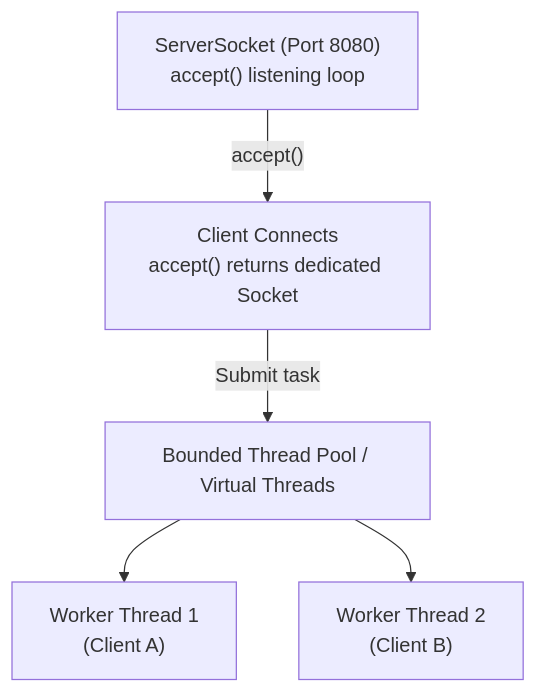
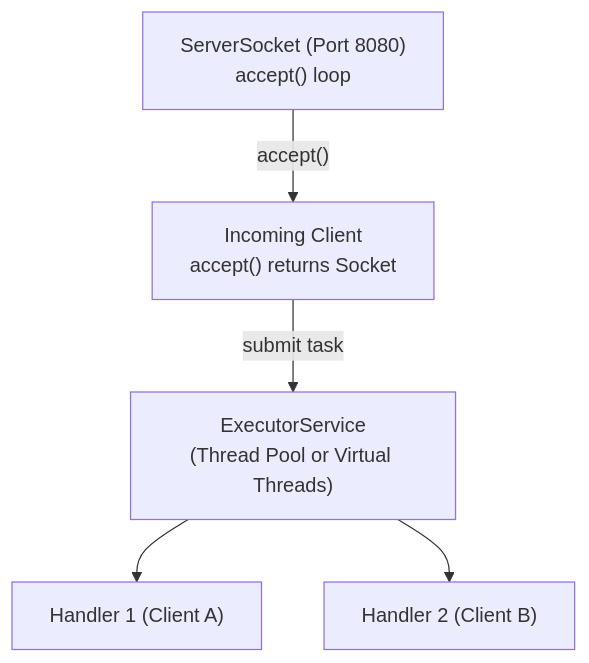
The third of 3 diagrams in content/roadmap/level-2/network-socket-programming.md (ravishankar2463/java_hub), drawn with Mermaid before and after one commit. The commit also changed other lines of this file and 119 other files, not shown here.

Commit message:
feat: add comprehensive java learning roadmap content across multiple levels

````diff
--- a/content/roadmap/level-2/network-socket-programming.md
+++ b/content/roadmap/level-2/network-socket-programming.md
@@ -128,13 +117,13 @@
 ```mermaid
 flowchart TD
-    Listener["ServerSocket (Port 8080)<br/>accept() listening loop"]
-    AcceptEvent["Client Connects<br/>accept() returns dedicated Socket"]
-    Pool["Bounded Thread Pool / Virtual Threads"]
-    Worker1["Worker Thread 1<br/>(Client A)"]
-    Worker2["Worker Thread 2<br/>(Client B)"]
+    Listener["ServerSocket (Port 8080)<br/>accept() loop"]
+    AcceptEvent["Incoming Client<br/>accept() returns Socket"]
+    Pool["ExecutorService<br/>(Thread Pool or Virtual Threads)"]
+    Worker1["Handler 1 (Client A)"]
+    Worker2["Handler 2 (Client B)"]
 
     Listener -->|"accept()"| AcceptEvent
-    AcceptEvent -->|"Submit task"| Pool
+    AcceptEvent -->|"submit task"| Pool
     Pool --> Worker1
     Pool --> Worker2
 ```
````
